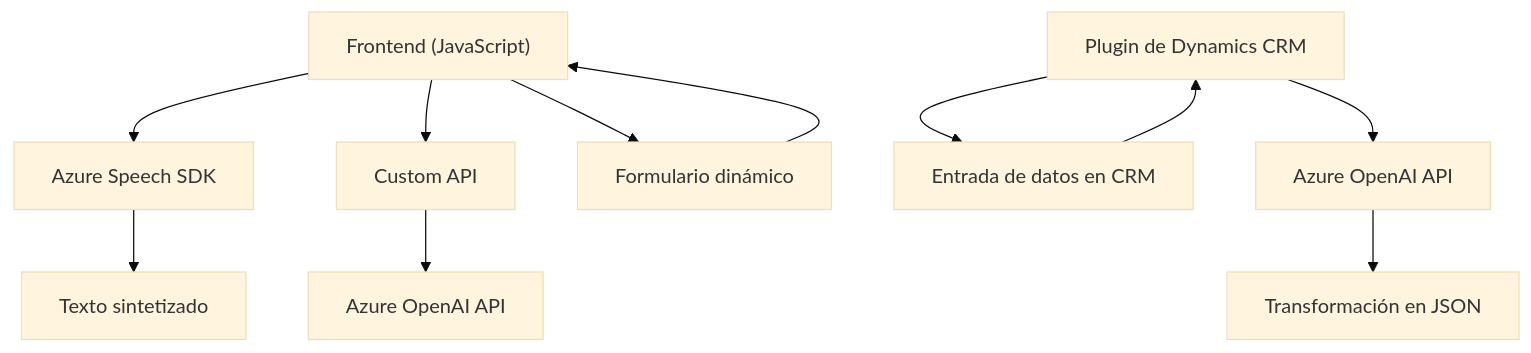
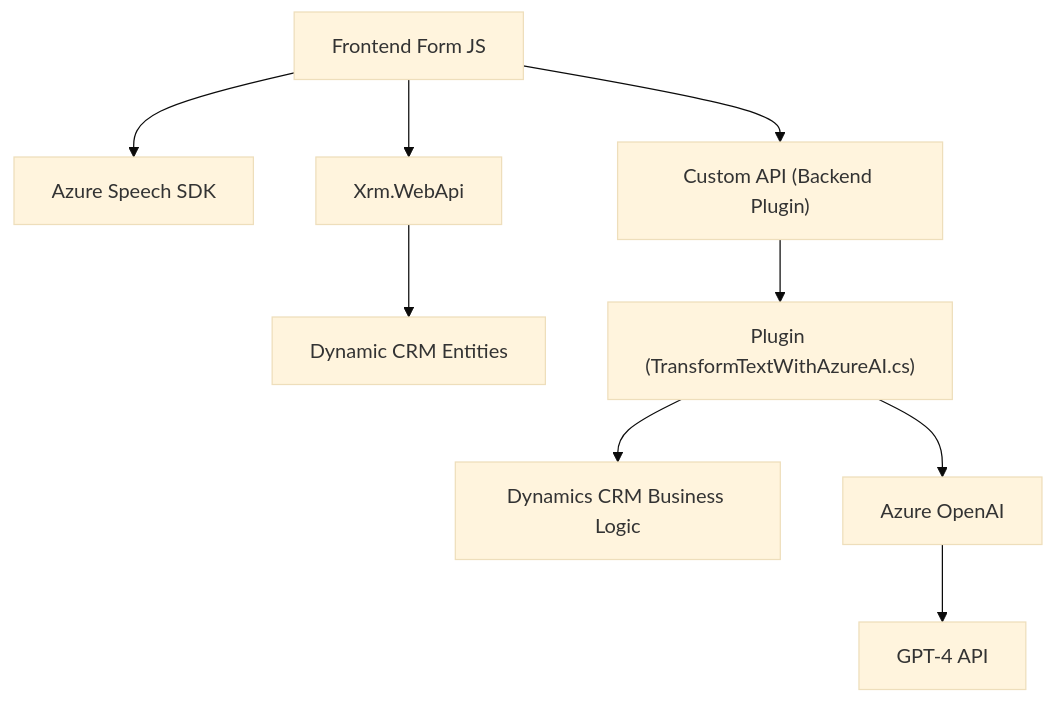
The diagram in README.md (blopezdm/NETCORE_BILBAO2025), drawn with Mermaid (base theme) before and after one commit. The commit also changed other lines of this file, not shown here.

````diff
--- a/README.md
+++ b/README.md
@@ -70,13 +47,11 @@
 ```mermaid
 graph TD
-    JS["Frontend (JavaScript)"] --> SDK_Azure_Speech["Azure Speech SDK"]
-    JS --> API_Custom["Custom API"]
-    JS --> Context_Form["Formulario dinámico"]
-    API_Custom --> OpenAI["Azure OpenAI API"]
-    Azure_Plugin["Plugin de Dynamics CRM"] --> Datos["Entrada de texto CRM"]
-    Azure_Plugin --> API_OpenAI["Azure OpenAI API"]
-    Context_Form --> JS
-    API_OpenAI --> Json["Transformación en JSON"]
-    SDK_Azure_Speech --> Texto["Texto sintetizado"]
-    Datos["Entrada de datos en CRM"] --> Azure_Plugin
+    A["Frontend Form JS"] --> B["Azure Speech SDK"]
+    A --> C["Xrm.WebApi"]
+    C --> D["Dynamic CRM Entities"]
+    A --> F["Custom API (Backend Plugin)"]
+    F --> G["Plugin (TransformTextWithAzureAI.cs)"]
+    G --> H["Dynamics CRM Business Logic"]
+    G --> I["Azure OpenAI"]
+    I --> J["GPT-4 API"]
 ```
````
